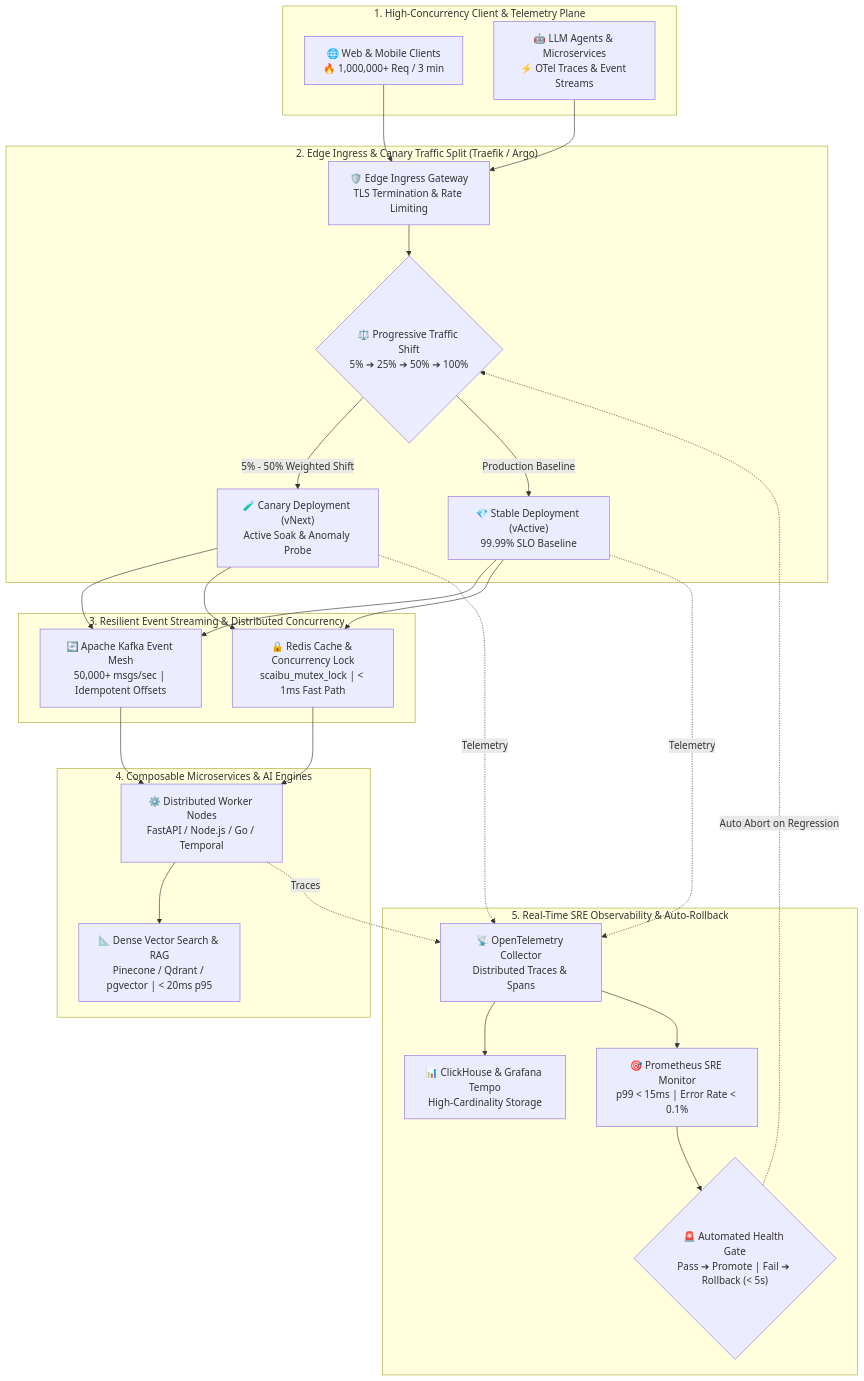
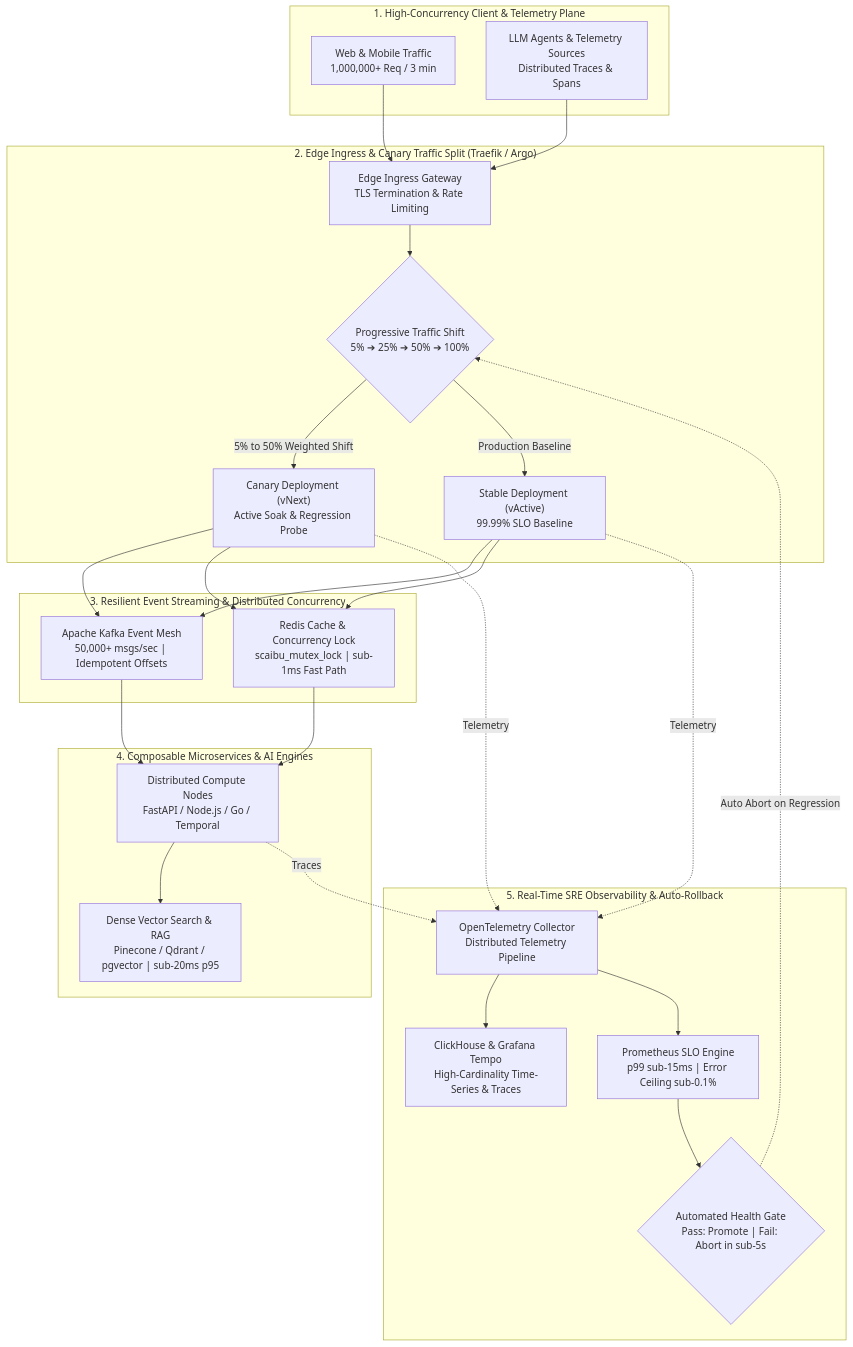
One commit to Chief-Strategist-J/Chief-Strategist-J changed the diagram in README.md. Above: the diagram before and after it, drawn with Mermaid. The commit also changed other lines of this file, not shown here.

Commit message:
🎨 Clean Mermaid architecture diagram (no icons, dark/light compatible) & relocate to bottom showcase

````diff
--- a/README.md
+++ b/README.md
@@ -48,55 +200,55 @@
 ```mermaid
 flowchart TD
     subgraph ClientPlane ["1. High-Concurrency Client & Telemetry Plane"]
-        Clients["🌐 Web & Mobile Clients<br/>🔥 1,000,000+ Req / 3 min"]
-        LLMSources["🤖 LLM Agents & Microservices<br/>⚡ OTel Traces & Event Streams"]
+        Clients["Web & Mobile Traffic<br/>1,000,000+ Req / 3 min"]
+        LLMSources["LLM Agents & Telemetry Sources<br/>Distributed Traces & Spans"]
     end
 
     subgraph EdgePlane ["2. Edge Ingress & Canary Traffic Split (Traefik / Argo)"]
-        Gateway["🛡️ Edge Ingress Gateway<br/>TLS Termination & Rate Limiting"]
-        TrafficSplit{"⚖️ Progressive Traffic Shift<br/>5% ➔ 25% ➔ 50% ➔ 100%"}
-        CanaryPod["🧪 Canary Deployment (vNext)<br/>Active Soak & Anomaly Probe"]
-        StablePod["💎 Stable Deployment (vActive)<br/>99.99% SLO Baseline"]
+        Gateway["Edge Ingress Gateway<br/>TLS Termination & Rate Limiting"]
+        TrafficSplit{"Progressive Traffic Shift<br/>5% ➔ 25% ➔ 50% ➔ 100%"}
+        CanaryPod["Canary Deployment (vNext)<br/>Active Soak & Regression Probe"]
+        StablePod["Stable Deployment (vActive)<br/>99.99% SLO Baseline"]
     end
 
     subgraph StreamingPlane ["3. Resilient Event Streaming & Distributed Concurrency"]
-        KafkaMesh["🔄 Apache Kafka Event Mesh<br/>50,000+ msgs/sec | Idempotent Offsets"]
-        RedisLock["🔒 Redis Cache & Concurrency Lock<br/>scaibu_mutex_lock | < 1ms Fast Path"]
+        KafkaMesh["Apache Kafka Event Mesh<br/>50,000+ msgs/sec | Idempotent Offsets"]
+        RedisLock["Redis Cache & Concurrency Lock<br/>scaibu_mutex_lock | sub-1ms Fast Path"]
     end
 
     subgraph ComputePlane ["4. Composable Microservices & AI Engines"]
-        Workers["⚙️ Distributed Worker Nodes<br/>FastAPI / Node.js / Go / Temporal"]
-        VectorEngine["📐 Dense Vector Search & RAG<br/>Pinecone / Qdrant / pgvector | < 20ms p95"]
+        Workers["Distributed Compute Nodes<br/>FastAPI / Node.js / Go / Temporal"]
+        VectorEngine["Dense Vector Search & RAG<br/>Pinecone / Qdrant / pgvector | sub-20ms p95"]
     end
 
     subgraph SREPlane ["5. Real-Time SRE Observability & Auto-Rollback"]
-        OTel["📡 OpenTelemetry Collector<br/>Distributed Traces & Spans"]
-        TelemetryDB["📊 ClickHouse & Grafana Tempo<br/>High-Cardinality Storage"]
-        Prometheus["🎯 Prometheus SRE Monitor<br/>p99 < 15ms | Error Rate < 0.1%"]
-        Rollback{"🚨 Automated Health Gate<br/>Pass ➔ Promote | Fail ➔ Rollback (< 5s)"}
+        OTel["OpenTelemetry Collector<br/>Distributed Telemetry Pipeline"]
+        TelemetryDB["ClickHouse & Grafana Tempo<br/>High-Cardinality Time-Series & Traces"]
+        Prometheus["Prometheus SLO Engine<br/>p99 sub-15ms | Error Ceiling sub-0.1%"]
+        Rollback{"Automated Health Gate<br/>Pass: Promote | Fail: Abort in sub-5s"}
     end
 
     Clients --> Gateway
     LLMSources --> Gateway
     Gateway --> TrafficSplit
-    TrafficSplit -->|5% - 50% Weighted Shift| CanaryPod
+    TrafficSplit -->|5% to 50% Weighted Shift| CanaryPod
     TrafficSplit -->|Production Baseline| StablePod
 
     CanaryPod --> KafkaMesh
     StablePod --> KafkaMesh
     CanaryPod --> RedisLock
     StablePod --> RedisLock
 
     KafkaMesh --> Workers
     RedisLock --> Workers
     Workers --> VectorEngine
 
     CanaryPod -.->|Telemetry| OTel
     StablePod -.->|Telemetry| OTel
     Workers -.->|Traces| OTel
 
     OTel --> TelemetryDB
     OTel --> Prometheus
     Prometheus --> Rollback
     Rollback -.->|Auto Abort on Regression| TrafficSplit
 ```
````
